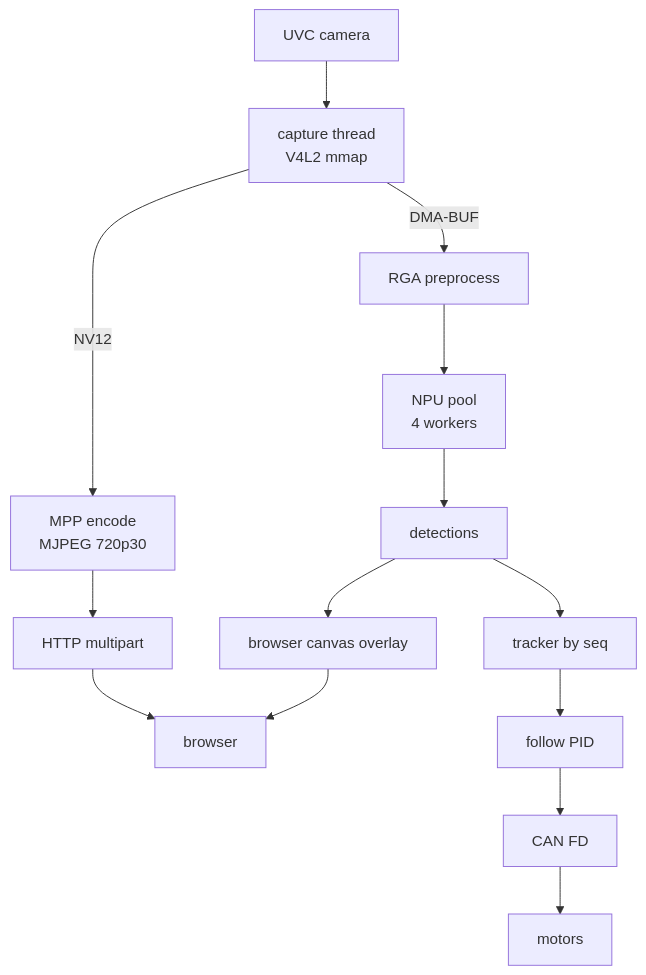
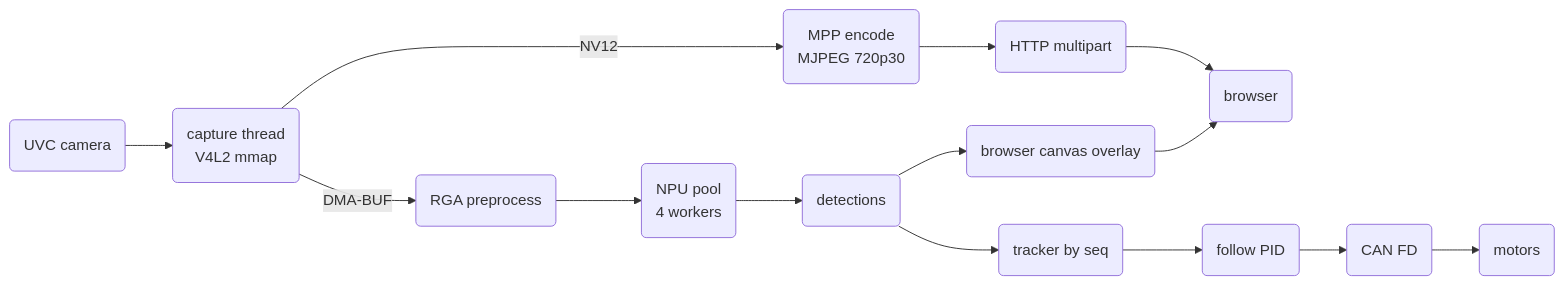
Before and after one commit to qianruo-orange/autonomous-driving-car: the eighth of 8 diagrams in README.md, drawn with Mermaid. The commit also changed other lines of this file, not shown here.

Commit message:
docs: horizontal mermaid layout with rounded nodes

````diff
--- a/README.md
+++ b/README.md
@@ -373,16 +373,16 @@
 ```mermaid
-flowchart TB
-    CAM[UVC camera] --> CAP[capture thread<br/>V4L2 mmap]
-    CAP -->|DMA-BUF| RGA[RGA preprocess]
-    RGA --> POOL[NPU pool<br/>4 workers]
-    POOL --> DET[detections]
-    CAP -->|NV12| MPP[MPP encode<br/>MJPEG 720p30]
-    MPP --> HTTP[HTTP multipart]
-    DET --> OVL[browser canvas overlay]
-    HTTP --> BROWSER[browser]
+flowchart LR
+    CAM(UVC camera) --> CAP(capture thread<br/>V4L2 mmap)
+    CAP -->|DMA-BUF| RGA(RGA preprocess)
+    RGA --> POOL(NPU pool<br/>4 workers)
+    POOL --> DET(detections)
+    CAP -->|NV12| MPP(MPP encode<br/>MJPEG 720p30)
+    MPP --> HTTP(HTTP multipart)
+    DET --> OVL(browser canvas overlay)
+    HTTP --> BROWSER(browser)
     OVL --> BROWSER
-    DET --> TRK[tracker by seq]
-    TRK --> PID[follow PID]
-    PID --> CAN[CAN FD]
-    CAN --> MOTOR[motors]
+    DET --> TRK(tracker by seq)
+    TRK --> PID(follow PID)
+    PID --> CAN(CAN FD)
+    CAN --> MOTOR(motors)
 ```
````
